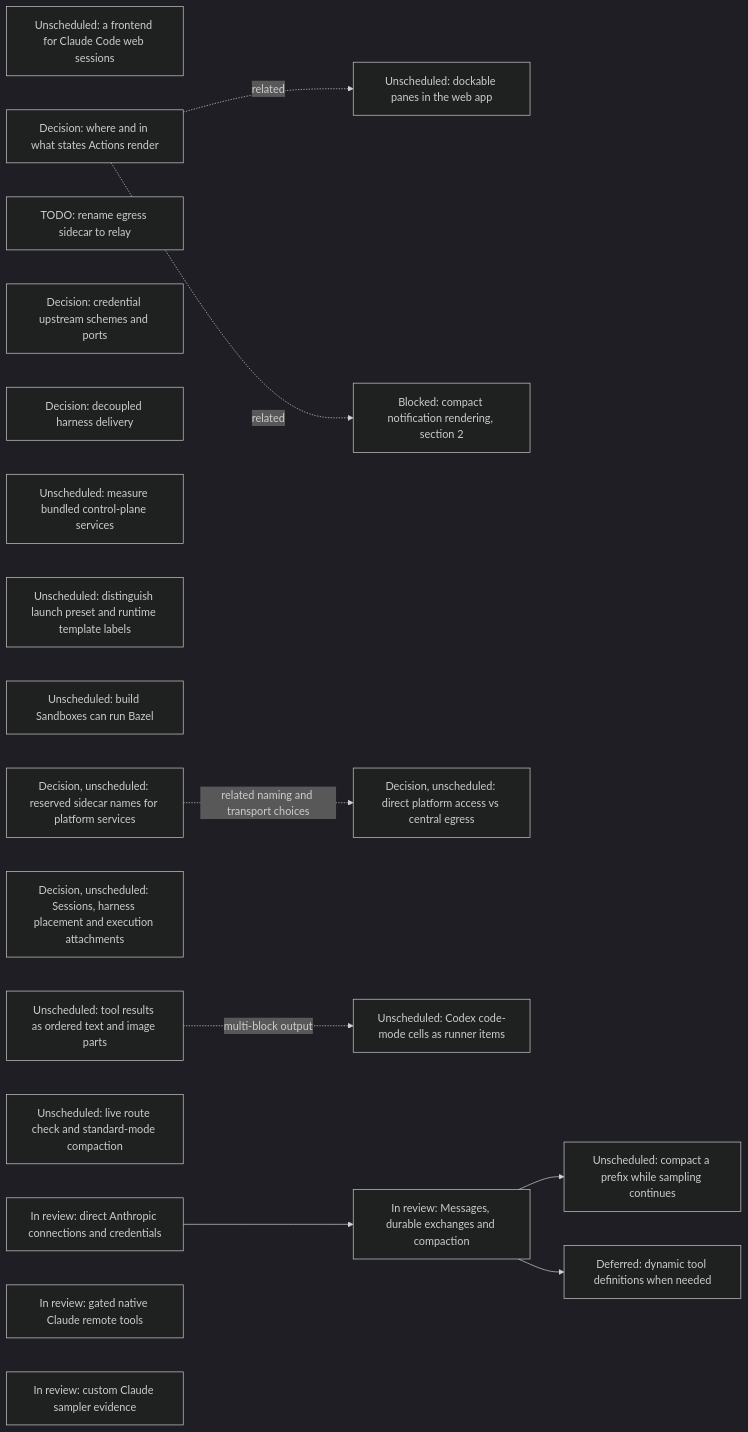
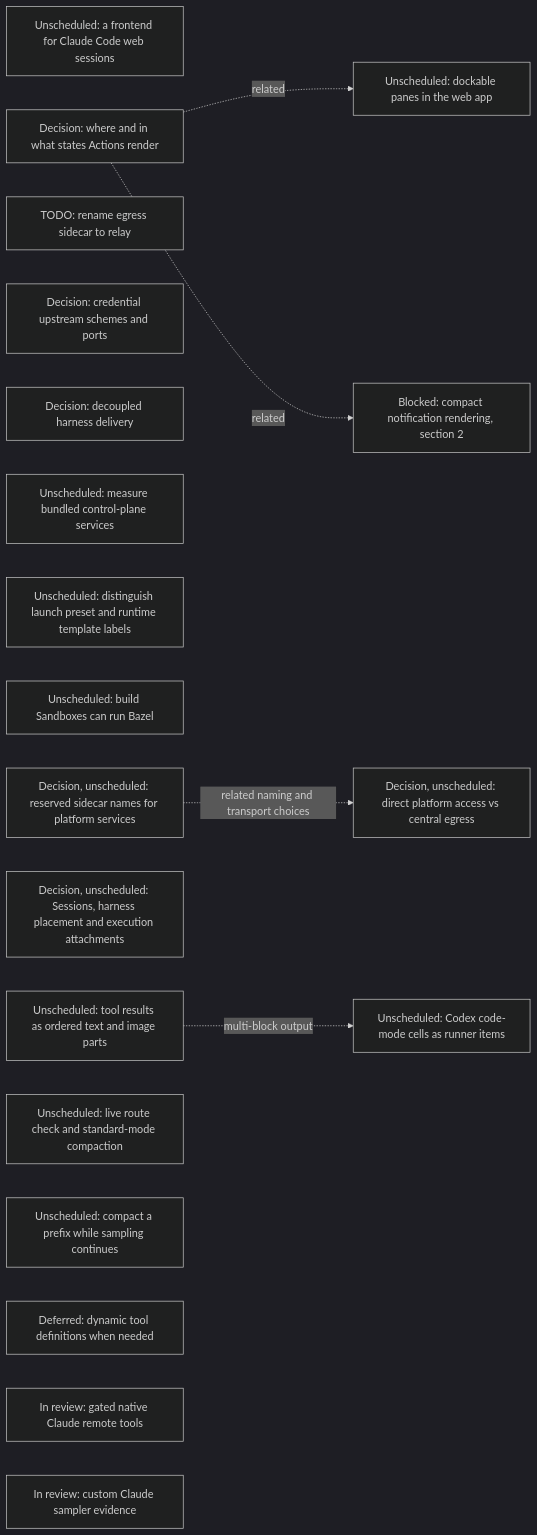
Before and after one commit to agentydragon/ducktape: the sixth of 18 diagrams in agentplane/plans/task_dag.md, drawn with Mermaid (dark theme). The commit also changed other lines of this file and 6 other files, not shown here.

Commit message:
docs(agentplane): burn down deployed Anthropic sampler work

````diff
--- a/agentplane/plans/task_dag.md
+++ b/agentplane/plans/task_dag.md
@@ -545,28 +545,26 @@
 ```mermaid
 flowchart LR
     CLAUDE_CODE_WEB_BRIDGE[Unscheduled: a frontend for Claude Code web sessions]
     ACTION_SURFACES_DESIGN[Decision: where and in what states Actions render]
     EGRESS_RELAY_RENAME[TODO: rename egress sidecar to relay]
     EGRESS_CREDENTIAL_TRANSPORT_DESIGN[Decision: credential upstream schemes and ports]
     RUNNER_HARNESS_DELIVERY_DESIGN[Decision: decoupled harness delivery]
     K3S_BUNDLED_SERVICES_SPIKE[Unscheduled: measure bundled control-plane services]
     DOCKABLE_PANES[Unscheduled: dockable panes in the web app]
     ACTION_SURFACES_DESIGN -. related .-> DOCKABLE_PANES
     NOTIFICATION_PRESENTATION[Blocked: compact notification rendering, section 2]
     ACTION_SURFACES_DESIGN -. related .-> NOTIFICATION_PRESENTATION
     SANDBOX_FORM_TERMINOLOGY[Unscheduled: distinguish launch preset and runtime template labels]
     BUILD_BOX_BAZEL[Unscheduled: build Sandboxes can run Bazel]
     PLATFORM_SERVICE_NAMES_DESIGN[Decision, unscheduled: reserved sidecar names for platform services]
     PLATFORM_SERVICE_ROUTING_DESIGN[Decision, unscheduled: direct platform access vs central egress]
     PLATFORM_SERVICE_NAMES_DESIGN -. related naming and transport choices .-> PLATFORM_SERVICE_ROUTING_DESIGN
     SESSION_RUNTIME_MODEL_DESIGN[Decision, unscheduled: Sessions, harness placement and execution attachments]
     STRUCTURED_TOOL_OUTPUT[Unscheduled: tool results as ordered text and image parts]
     STRUCTURED_TOOL_OUTPUT -. multi-block output .-> CODEX_CODE_MODE_CELLS[Unscheduled: Codex code-mode cells as runner items]
     CENTRAL_SAMPLER_MODEL_CAPABILITIES[Unscheduled: live route check and standard-mode compaction]
-    CENTRAL_SAMPLER_ANTHROPIC_ROUTING[In review: direct Anthropic connections and credentials]
-    CENTRAL_SAMPLER_ANTHROPIC_ROUTING --> CENTRAL_SAMPLER_ANTHROPIC_MESSAGES[In review: Messages, durable exchanges and compaction]
-    CENTRAL_SAMPLER_ANTHROPIC_MESSAGES --> CENTRAL_SAMPLER_BACKGROUND_COMPACTION[Unscheduled: compact a prefix while sampling continues]
-    CENTRAL_SAMPLER_ANTHROPIC_MESSAGES --> CENTRAL_SAMPLER_DYNAMIC_TOOLS[Deferred: dynamic tool definitions when needed]
+    CENTRAL_SAMPLER_BACKGROUND_COMPACTION[Unscheduled: compact a prefix while sampling continues]
+    CENTRAL_SAMPLER_DYNAMIC_TOOLS[Deferred: dynamic tool definitions when needed]
     CLAUDE_REMOTE_EXECUTION_SPIKE[In review: gated native Claude remote tools]
     CLAUDE_CUSTOM_SAMPLER[In review: custom Claude sampler evidence]
 ```
````
